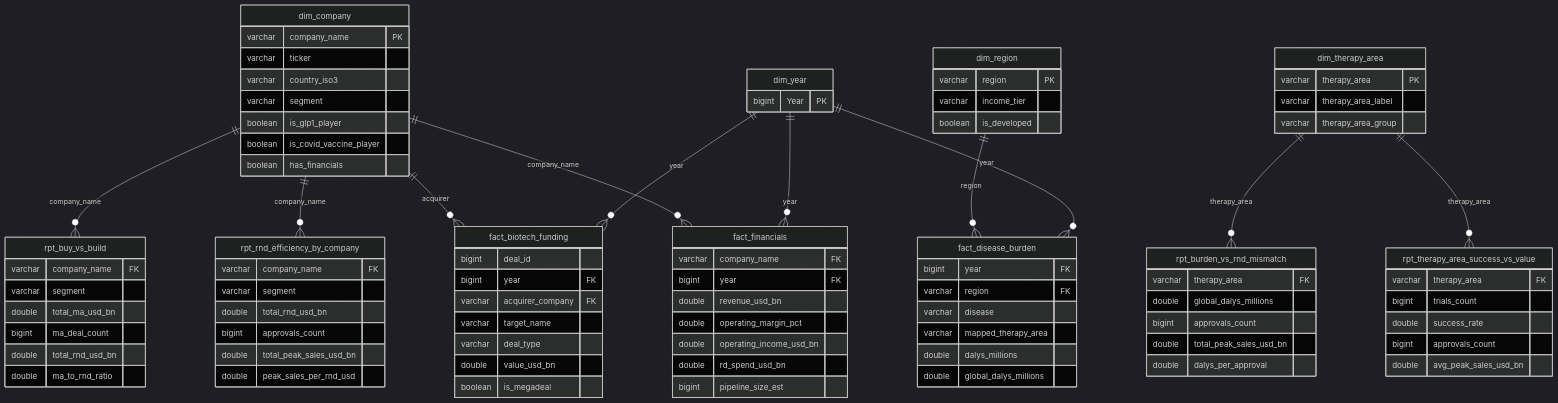
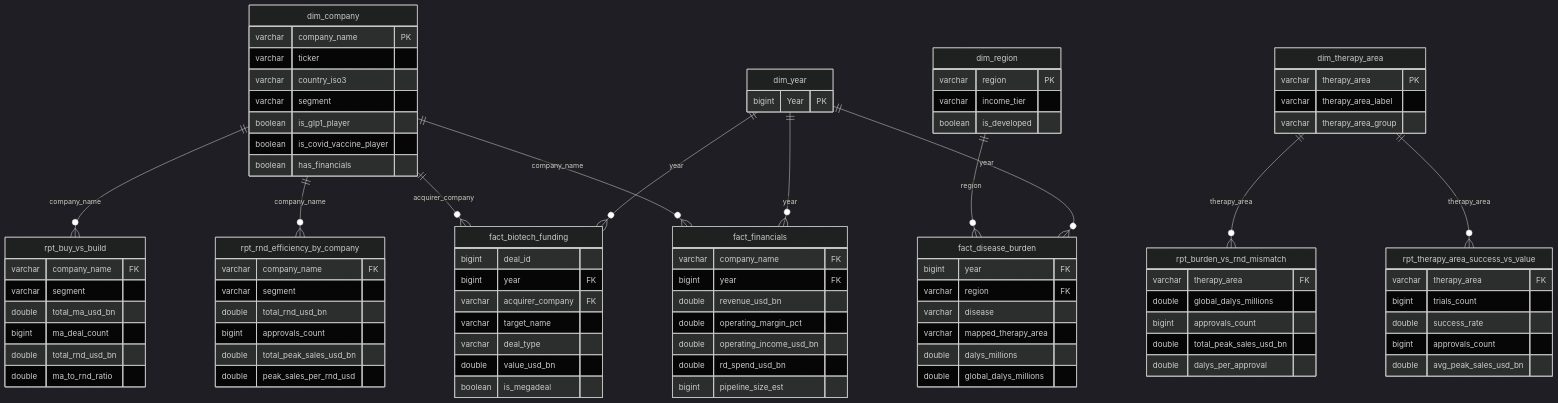
One commit to keithfernandes12/pharma-data-engineering-aws changed the diagram in powerbi/erd.mermaid. Above: the diagram before and after it, drawn with Mermaid (dark theme). The commit also changed 2 other files, not shown here.

Commit message:
@ docs: replace em/en dashes with ASCII punctuation; show all ERD columns
- README.md + sql/README.md: em-dashes -> contextual colons/commas,
  en-dashes -> hyphens (year ranges, prefix ranges).
- erd.mermaid + README ERD: fix edge label acquirer -> acquirer_company;
  README ERD now shows all columns, matching the standalone file and the
  live Power BI model (relationships verified 10/10 vs Manage Relationships).

@

```diff
--- a/powerbi/erd.mermaid
+++ b/powerbi/erd.mermaid
@@ -1,98 +1,98 @@
 %% Power BI import model over pharma_de_processed (Amazon Athena, via ODBC).
 %% 4 dimensions + 3 raw facts + 4 pre-aggregated analytics (rpt_*) marts.
 %% Every relationship is Many-to-one (fact/rpt = *, dim = 1), single cross-filter
 %% direction, joined on text/integer keys. Renders on GitHub; also importable into
 %% Lucidchart via File -> Import -> Mermaid.
 
 erDiagram
     dim_company {
         varchar company_name PK
         varchar ticker
         varchar country_iso3
         varchar segment
         boolean is_glp1_player
         boolean is_covid_vaccine_player
         boolean has_financials
     }
     dim_therapy_area {
         varchar therapy_area PK
         varchar therapy_area_label
         varchar therapy_area_group
     }
     dim_region {
         varchar region PK
         varchar income_tier
         boolean is_developed
     }
     dim_year {
         bigint Year PK
     }
 
     fact_financials {
         varchar company_name FK
         bigint year FK
         double revenue_usd_bn
         double operating_margin_pct
         double operating_income_usd_bn
         double rd_spend_usd_bn
         bigint pipeline_size_est
     }
     fact_biotech_funding {
         bigint deal_id
         bigint year FK
         varchar acquirer_company FK
         varchar target_name
         varchar deal_type
         double value_usd_bn
         boolean is_megadeal
     }
     fact_disease_burden {
         bigint year FK
         varchar region FK
         varchar disease
         varchar mapped_therapy_area
         double dalys_millions
         double global_dalys_millions
     }
 
     rpt_rnd_efficiency_by_company {
         varchar company_name FK
         varchar segment
         double total_rnd_usd_bn
         bigint approvals_count
         double total_peak_sales_usd_bn
         double peak_sales_per_rnd_usd
     }
     rpt_buy_vs_build {
         varchar company_name FK
         varchar segment
         double total_ma_usd_bn
         bigint ma_deal_count
         double total_rnd_usd_bn
         double ma_to_rnd_ratio
     }
     rpt_therapy_area_success_vs_value {
         varchar therapy_area FK
         bigint trials_count
         double success_rate
         bigint approvals_count
         double avg_peak_sales_usd_bn
     }
     rpt_burden_vs_rnd_mismatch {
         varchar therapy_area FK
         double global_dalys_millions
         bigint approvals_count
         double total_peak_sales_usd_bn
         double dalys_per_approval
     }
 
     dim_company      ||--o{ fact_financials                   : "company_name"
-    dim_company      ||--o{ fact_biotech_funding              : "acquirer"
+    dim_company      ||--o{ fact_biotech_funding              : "acquirer_company"
     dim_company      ||--o{ rpt_rnd_efficiency_by_company     : "company_name"
     dim_company      ||--o{ rpt_buy_vs_build                  : "company_name"
     dim_therapy_area ||--o{ rpt_therapy_area_success_vs_value : "therapy_area"
     dim_therapy_area ||--o{ rpt_burden_vs_rnd_mismatch        : "therapy_area"
     dim_region       ||--o{ fact_disease_burden               : "region"
     dim_year         ||--o{ fact_financials                   : "year"
     dim_year         ||--o{ fact_biotech_funding              : "year"
     dim_year         ||--o{ fact_disease_burden               : "year"
```
